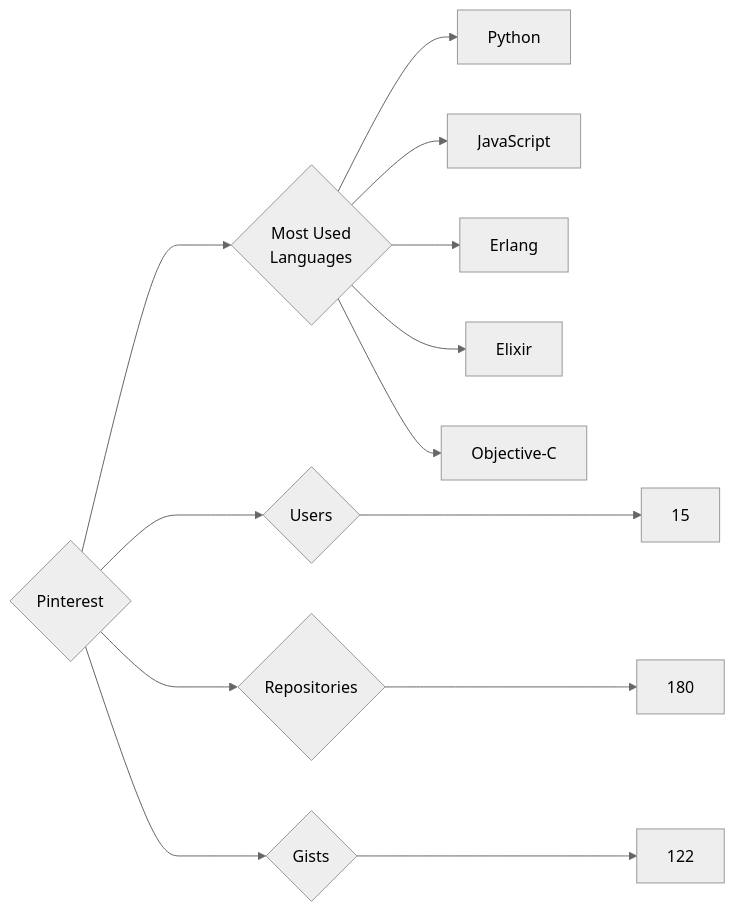
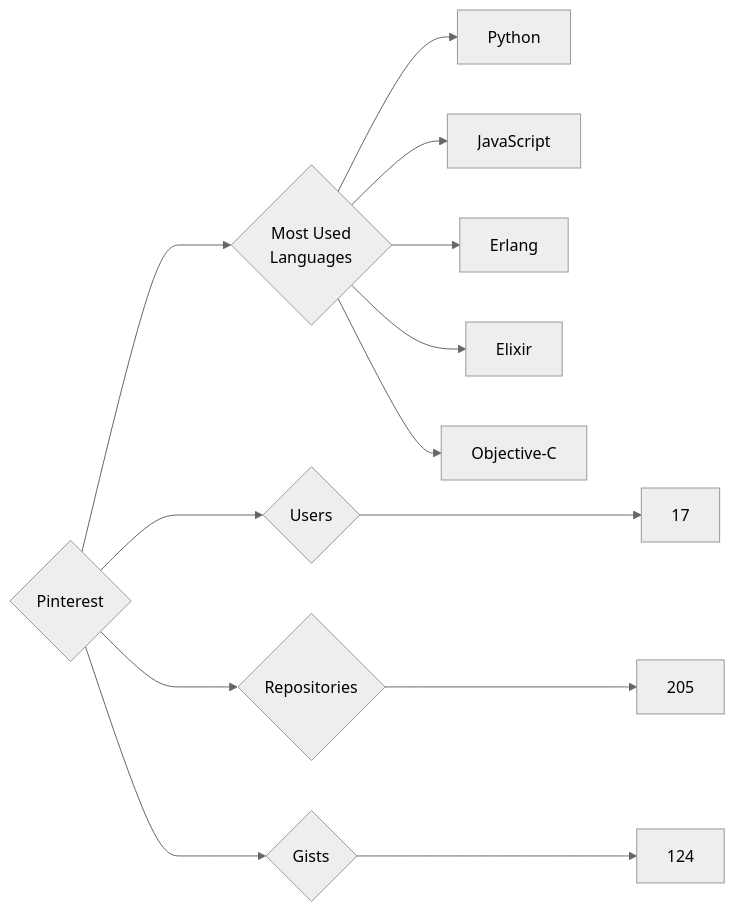
The diagram in targets/Pinterest/README.md (trickest/insiders), drawn with Mermaid (neutral theme) before and after one commit. The commit also changed 972 other files, not shown here.

````diff
--- a/targets/Pinterest/README.md
+++ b/targets/Pinterest/README.md
@@ -3,13 +3,13 @@
 ```mermaid
 graph LR
 COMPANY_NAME{Pinterest}
-COMPANY_NAME ---> U{Users} ---> UN[15]
-COMPANY_NAME ---> R{Repositories} ---> RN[180]
-COMPANY_NAME ---> G{Gists} ---> GN[122]
+COMPANY_NAME ---> U{Users} ---> UN[17]
+COMPANY_NAME ---> R{Repositories} ---> RN[205]
+COMPANY_NAME ---> G{Gists} ---> GN[124]
 COMPANY_NAME ---> ML{Most Used<br>Languages}
 ML --> Python[Python]
 ML --> JavaScript[JavaScript]
 ML --> Erlang[Erlang]
 ML --> Elixir[Elixir]
 ML --> Objective-C[Objective-C]
 ```
````
